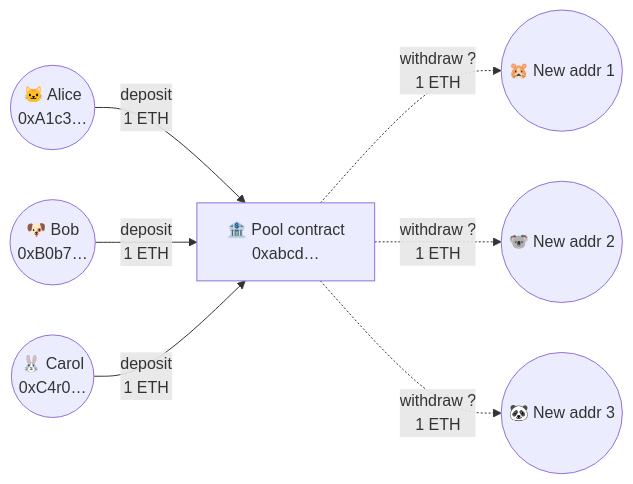
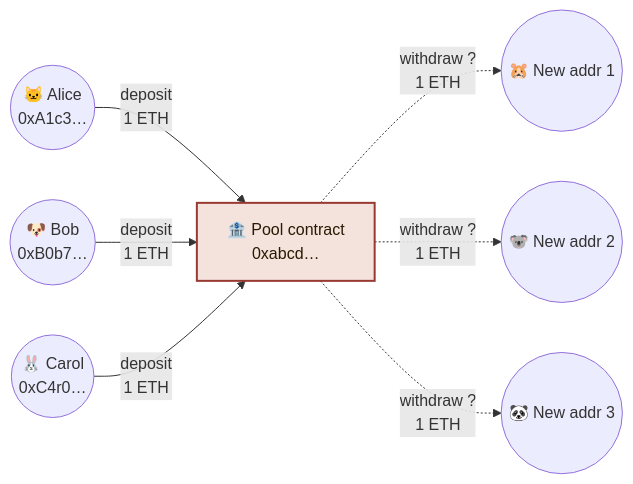
Before and after one commit to ChihChengLiang/notes: the second of 2 diagrams in notes/2026-07-27_privacy_pools/slides.md, drawn with Mermaid.

Commit message:
edit slide

````diff
--- a/notes/2026-07-27_privacy_pools/slides.md
+++ b/notes/2026-07-27_privacy_pools/slides.md
@@ -110,18 +87,21 @@
 ```mermaid
 flowchart LR
     Alice(("🐱 Alice<br/>0xA1c3…"))
     Bob(("🐶 Bob<br/>0xB0b7…"))
     Carol(("🐰 Carol<br/>0xC4r0…"))
     Pool["🏦 Pool contract<br/>0xabcd…"]
     New1(("🐹 New addr 1"))
     New2(("🐨 New addr 2"))
     New3(("🐼 New addr 3"))
 
     Alice -->|deposit<br/> 1 ETH| Pool
     Bob -->|deposit<br/> 1 ETH| Pool
     Carol -->|deposit<br/> 1 ETH| Pool
 
     Pool -.->|withdraw ?<br/> 1 ETH| New1
     Pool -.->|withdraw ?<br/> 1 ETH| New2
     Pool -.->|withdraw ?<br/> 1 ETH| New3
+
+    classDef highlight fill:#f3e3dc,stroke:#993a31,stroke-width:2px,color:#281a03
+    class Pool highlight
 ```
````
